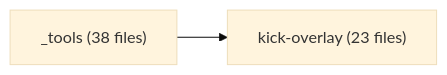
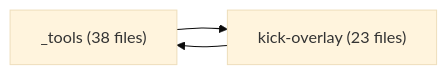
Before and after one commit to mateusant13/kick-youtube-overlay-for-twitch-with-adblock: the diagram in features/INDEX.md, drawn with Mermaid (base theme). The commit also changed other lines of this file and 17 other files, not shown here.

````diff
--- a/features/INDEX.md
+++ b/features/INDEX.md
@@ -15,6 +15,7 @@
 ```mermaid
 flowchart LR
   _tools["_tools (38 files)"]
   kick_overlay["kick-overlay (23 files)"]
   _tools --> kick_overlay
+  kick_overlay --> _tools
 ```
````
